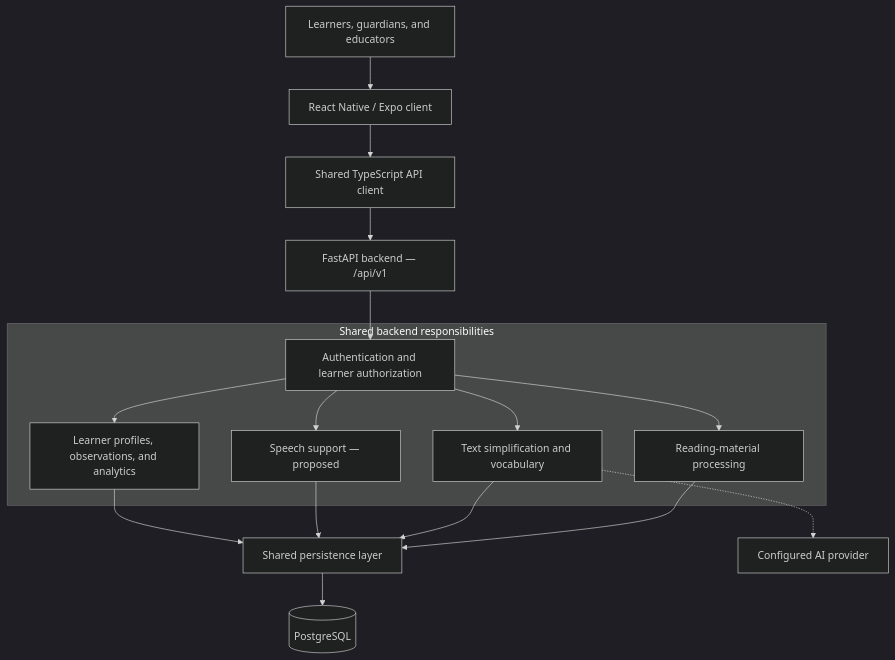
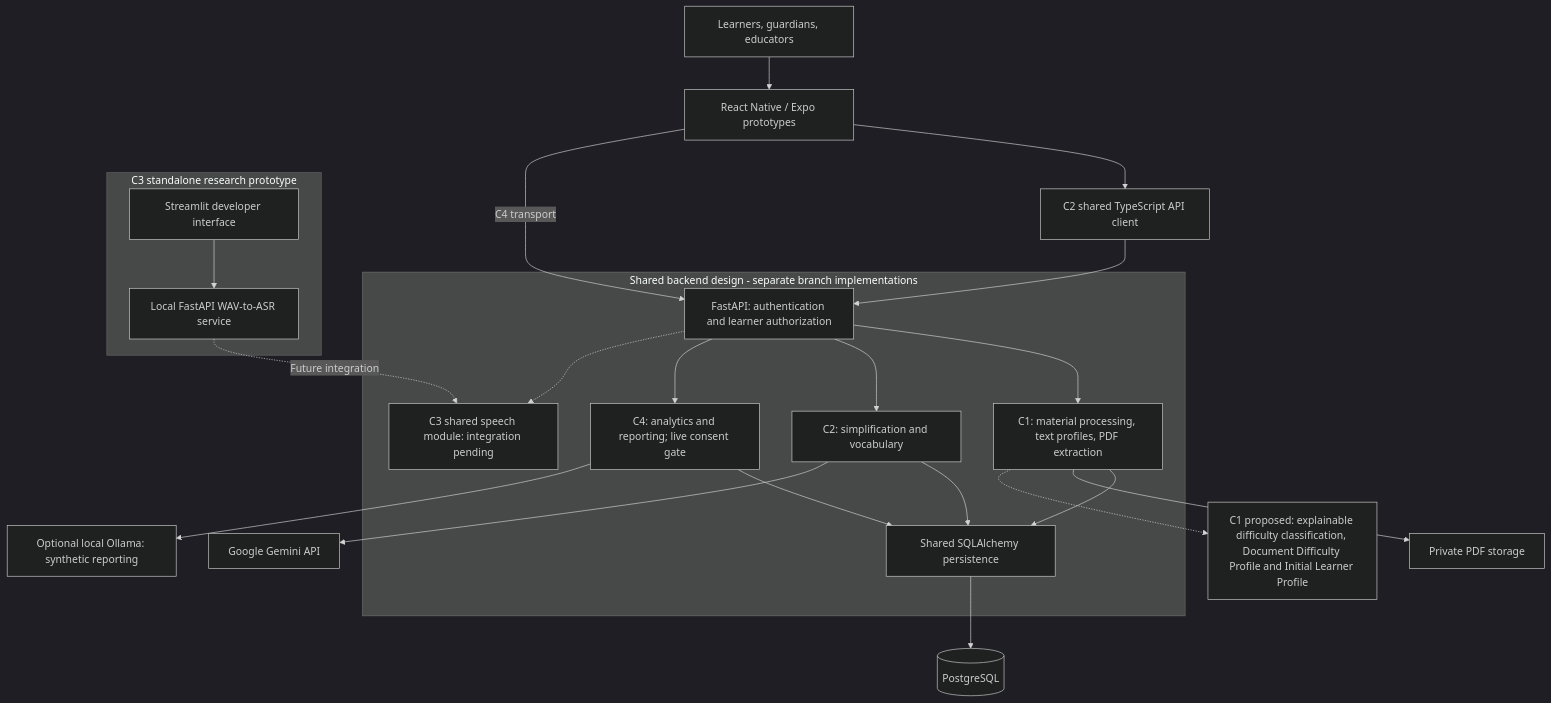
One commit to Chamudika07/J26-IT-354-Adaptive-NLP-Based-Speech-Reading-Assistant changed the diagram in README.md. Above: the diagram before and after it, drawn with Mermaid (dark theme). The commit also changed other lines of this file, not shown here.

````diff
--- a/README.md
+++ b/README.md
@@ -98,24 +79,31 @@
 ```mermaid
 flowchart TD
-    Users["Learners, guardians, and educators"] --> Client["React Native / Expo client"]
-    Client --> API["Shared TypeScript API client"]
-    API --> Backend["FastAPI backend — /api/v1"]
-    subgraph Shared["Shared backend responsibilities"]
-        Access["Authentication and learner authorization"]
-        Content["Reading-material processing"]
-        Adapt["Text simplification and vocabulary"]
-        Speech["Speech support — proposed"]
-        Learner["Learner profiles, observations, and analytics"]
+    Users["Learners, guardians, educators"] --> Mobile["React Native / Expo prototypes"]
+    Mobile --> Client["C2 shared TypeScript API client"]
+    Client --> Auth
+    Mobile -->|"C4 transport"| Auth
+    subgraph Shared["Shared backend design - separate branch implementations"]
+        Auth["FastAPI: authentication and learner authorization"]
+        C1["C1: material processing, text profiles, PDF extraction"]
+        C2["C2: simplification and vocabulary"]
+        C4["C4: analytics and reporting; live consent gate"]
+        SpeechTarget["C3 shared speech module: integration pending"]
+        Data["Shared SQLAlchemy persistence"]
+        Auth --> C1
+        Auth --> C2
+        Auth --> C4
+        Auth -.-> SpeechTarget
+        C1 --> Data
+        C2 --> Data
+        C4 --> Data
     end
-    Backend --> Access
-    Access --> Content
-    Access --> Adapt
-    Access --> Speech
-    Access --> Learner
-    Content --> Data["Shared persistence layer"]
-    Adapt --> Data
-    Speech --> Data
-    Learner --> Data
-    Data --> DB[(PostgreSQL)]
-    Adapt -.-> AI["Configured AI provider"]
+    Data --> DB[("PostgreSQL")]
+    C1 --> Files["Private PDF storage"]
+    C1 -.-> Profiles["C1 proposed: explainable difficulty classification, Document Difficulty Profile and Initial Learner Profile"]
+    C2 --> Gemini["Google Gemini API"]
+    C4 --> Ollama["Optional local Ollama: synthetic reporting"]
+    subgraph Research["C3 standalone research prototype"]
+        UI["Streamlit developer interface"] --> ASR["Local FastAPI WAV-to-ASR service"]
+    end
+    ASR -.->|"Future integration"| SpeechTarget
 ```
````
